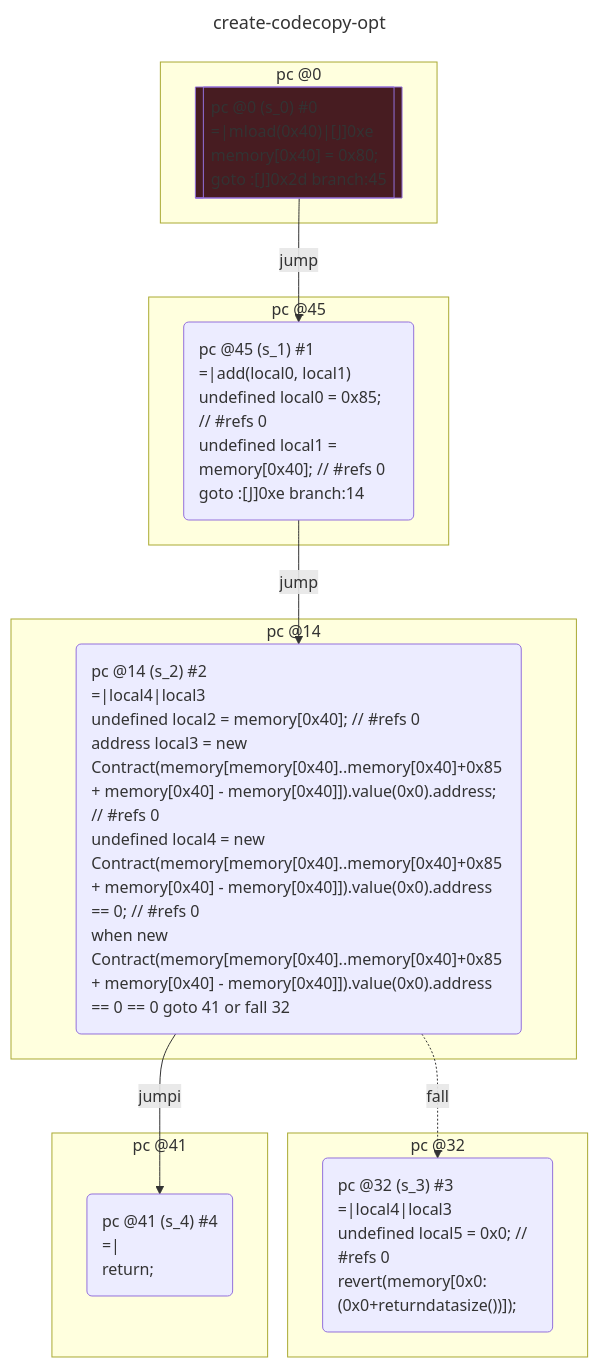
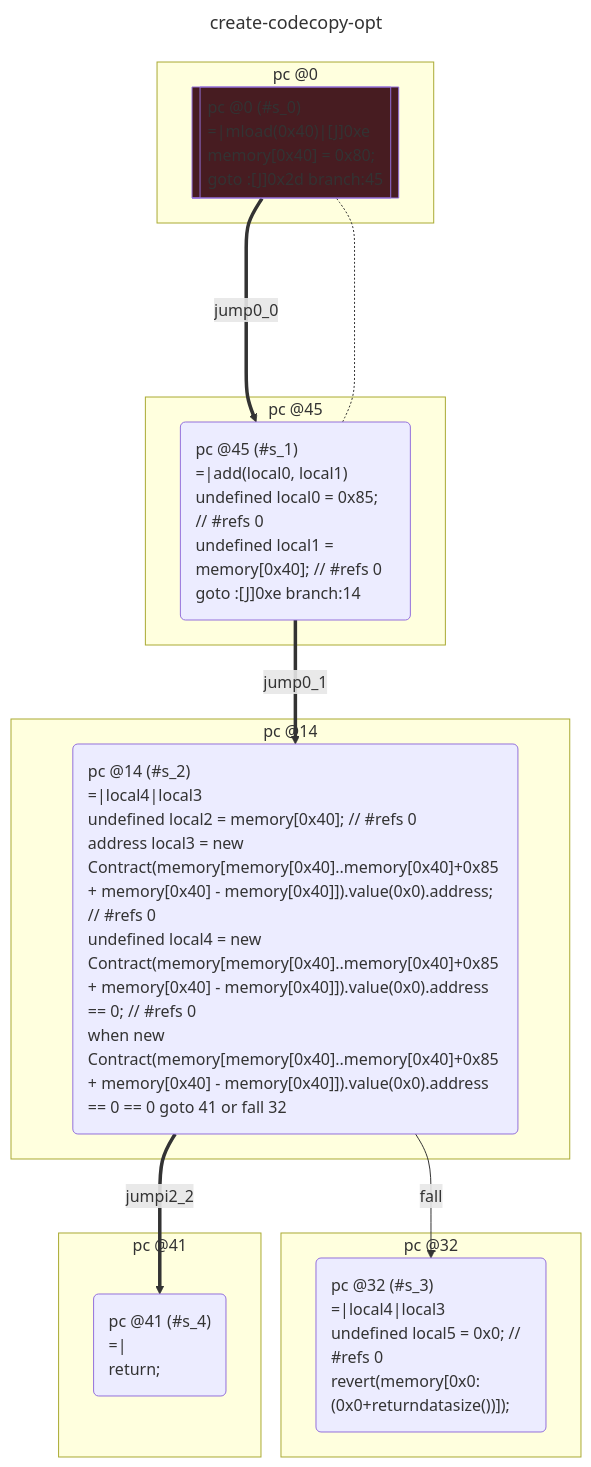
Before and after one commit to acuarica/evm: the second of 2 diagrams in test/__snapshots__/contracts/system/create-codecopy.snap.md, drawn with Mermaid. The commit also changed other lines of this file and 25 other files, not shown here.

````diff
--- a/test/__snapshots__/contracts/system/create-codecopy.snap.md
+++ b/test/__snapshots__/contracts/system/create-codecopy.snap.md
@@ -129,55 +130,56 @@
 ```mermaid -opt
 ---
 title: create-codecopy-opt
 ---
 flowchart TD
   classDef state text-align:left
   subgraph cluster_0 ["pc @0"]
-    s_0[["pc @0 (s_0) #0
+    s_0[["pc @0 (#s_0)
 =|mload(0x40)|[J]0xe
 memory[0x40] = 0x80;
 goto :[J]0x2d branch:45
 "]]
     class s_0 state
     style s_0 fill:#471C21
   end
   subgraph cluster_45 ["pc @45"]
-    s_1("pc @45 (s_1) #1
+    s_1("pc @45 (#s_1)
 =|add(local0, local1)
 undefined local0 = 0x85; // #refs 0
 undefined local1 = memory[0x40]; // #refs 0
 goto :[J]0xe branch:14
 ")
     class s_1 state
   end
   subgraph cluster_14 ["pc @14"]
-    s_2("pc @14 (s_2) #2
+    s_2("pc @14 (#s_2)
 =|local4|local3
 undefined local2 = memory[0x40]; // #refs 0
 address local3 = new Contract(memory[memory[0x40]..memory[0x40]+0x85 + memory[0x40] - memory[0x40]]).value(0x0).address; // #refs 0
 undefined local4 = new Contract(memory[memory[0x40]..memory[0x40]+0x85 + memory[0x40] - memory[0x40]]).value(0x0).address == 0; // #refs 0
 when new Contract(memory[memory[0x40]..memory[0x40]+0x85 + memory[0x40] - memory[0x40]]).value(0x0).address == 0 == 0 goto 41 or fall 32
 ")
     class s_2 state
   end
   subgraph cluster_32 ["pc @32"]
-    s_3("pc @32 (s_3) #3
+    s_3("pc @32 (#s_3)
 =|local4|local3
 undefined local5 = 0x0; // #refs 0
 revert(memory[0x0:(0x0+returndatasize())]);
 ")
     class s_3 state
   end
   subgraph cluster_41 ["pc @41"]
-    s_4("pc @41 (s_4) #4
+    s_4("pc @41 (#s_4)
 =|
 return;
 ")
     class s_4 state
   end
-  s_0 -- jump --> s_1;
-  s_1 -- jump --> s_2;
-  s_2 -- jumpi --> s_4;
-  s_2 -. fall .-> s_3;
+  s_0 == jump0_0 ==> s_1;
+  s_1 == jump0_1 ==> s_2;
+  s_0 -...- s_1;
+  s_2 == jumpi2_2 ==> s_4;
+  s_2 -- fall --> s_3;
 
 ```
````
